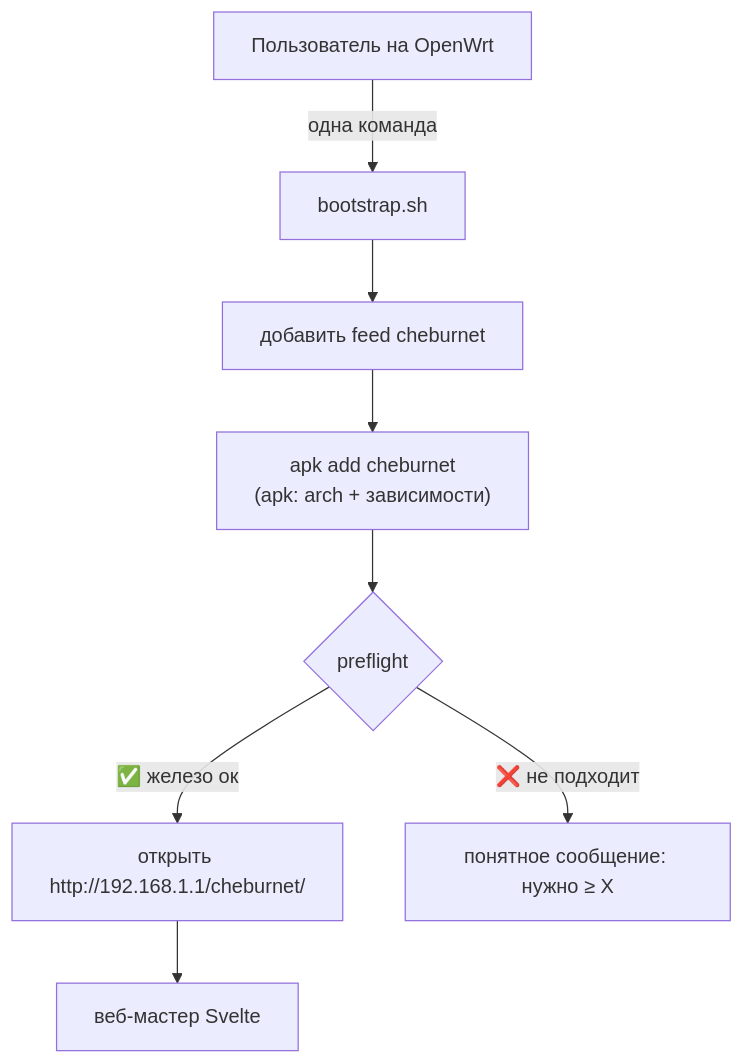
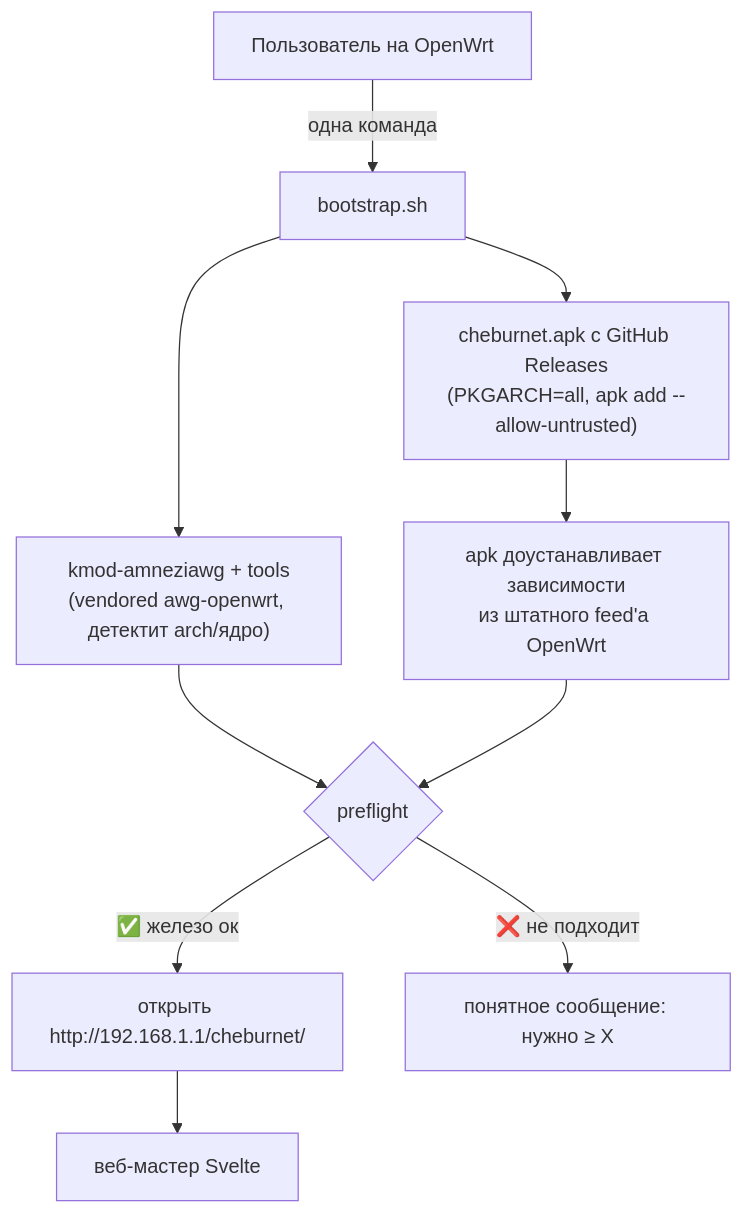
One commit to andreiyurik/cheburnet-router changed the diagram in docs/v2/architecture/bootstrap.md. Above: the diagram before and after it, drawn with Mermaid. The commit also changed other lines of this file and 150 other files, not shown here.

````diff
--- a/docs/v2/architecture/bootstrap.md
+++ b/docs/v2/architecture/bootstrap.md
@@ -27,10 +42,12 @@
 ```mermaid
 flowchart TB
     user[Пользователь на OpenWrt] -->|одна команда| boot[bootstrap.sh]
-    boot --> feed[добавить feed cheburnet]
-    feed --> add["apk add cheburnet<br/>(apk: arch + зависимости)"]
-    add --> pre{preflight}
+    boot --> awg["kmod-amneziawg + tools<br/>(vendored awg-openwrt, детектит arch/ядро)"]
+    boot --> pkg["cheburnet.apk с GitHub Releases<br/>(PKGARCH=all, apk add --allow-untrusted)"]
+    pkg --> deps["apk доустанавливает зависимости<br/>из штатного feed'а OpenWrt"]
+    awg --> pre{preflight}
+    deps --> pre
     pre -->|✅ железо ок| open[открыть http://192.168.1.1/cheburnet/]
     pre -->|❌ не подходит| msg[понятное сообщение: нужно ≥ X]
     open --> wizard[веб-мастер Svelte]
 ```
````
